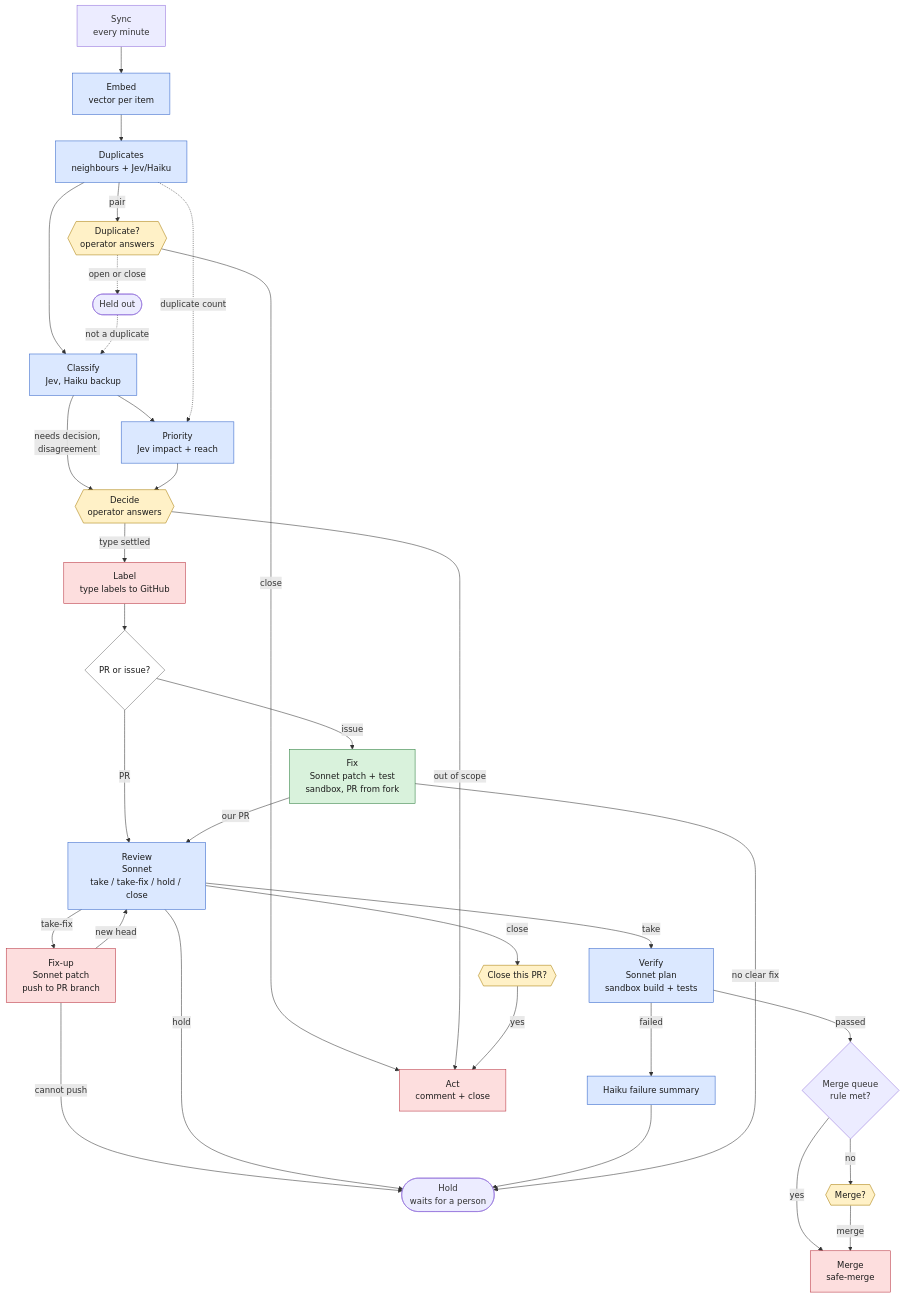
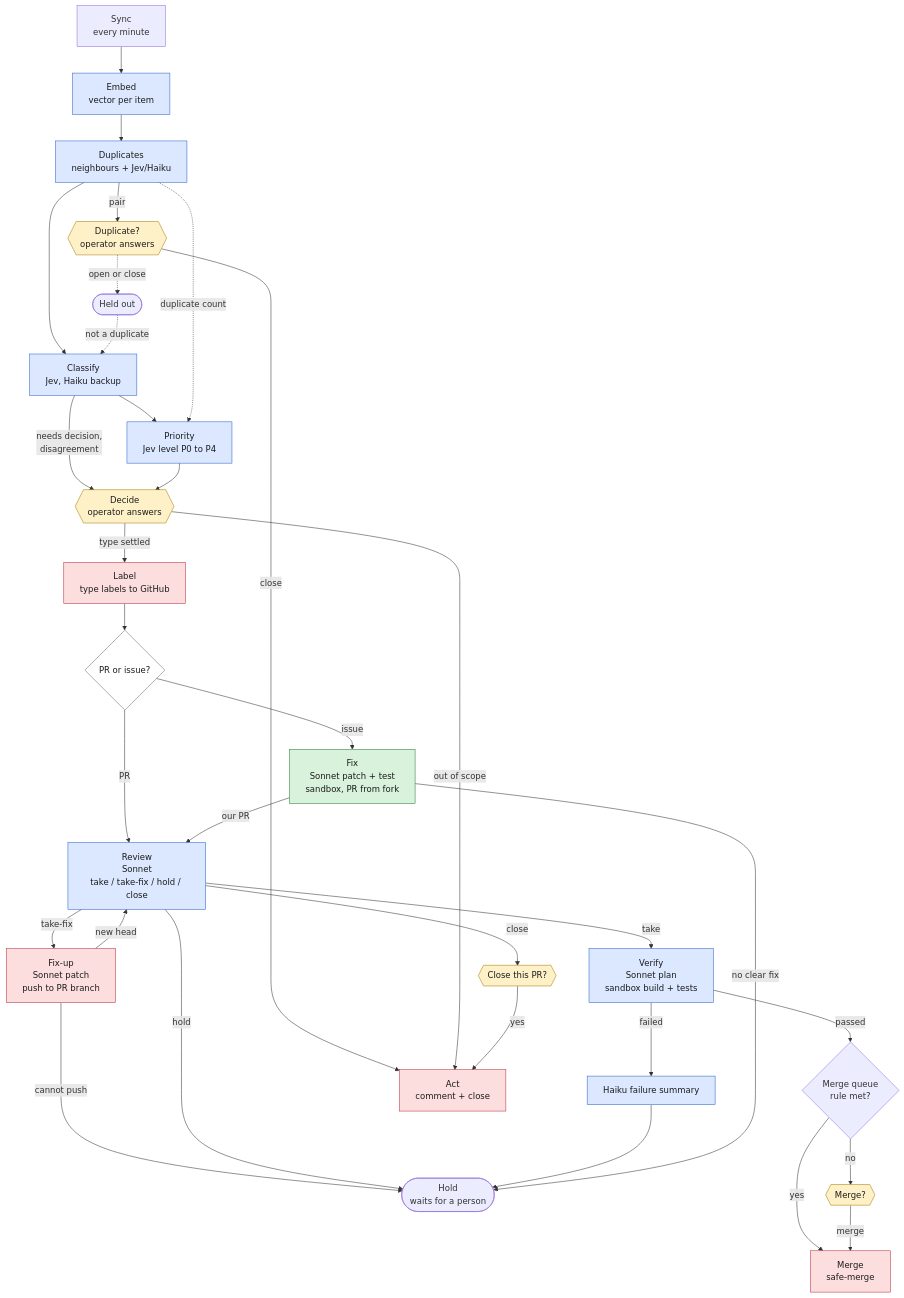
The diagram in docs/pipeline.md (IUCLabs/autocraft), drawn with Mermaid before and after one commit. The commit also changed other lines of this file and 18 other files, not shown here.

````diff
--- a/docs/pipeline.md
+++ b/docs/pipeline.md
@@ -9,63 +9,63 @@
 ```mermaid
 flowchart TD
   sync["Sync<br/>every minute"]
   embed["Embed<br/>vector per item"]
   dups["Duplicates<br/>neighbours + Jev/Haiku"]
   dupdec{{"Duplicate?<br/>operator answers"}}
   dupheld(["Held out"])
   classify["Classify<br/>Jev, Haiku backup"]
-  priority["Priority<br/>Jev impact + reach"]
+  priority["Priority<br/>Jev level P0 to P4"]
   decide{{"Decide<br/>operator answers"}}
   label["Label<br/>type labels to GitHub"]
   kind{"PR or issue?"}
   review["Review<br/>Sonnet<br/>take / take-fix / hold / close"]
   fixiss["Fix<br/>Sonnet patch + test<br/>sandbox, PR from fork"]
   fixup["Fix-up<br/>Sonnet patch<br/>push to PR branch"]
   closeq{{"Close this PR?"}}
   verify["Verify<br/>Sonnet plan<br/>sandbox build + tests"]
   vfail["Haiku failure summary"]
   hold(["Hold<br/>waits for a person"])
   queue{"Merge queue<br/>rule met?"}
   mergeq{{"Merge?"}}
   merge["Merge<br/>safe-merge"]
   act["Act<br/>comment + close"]
 
   sync --> embed --> dups --> classify --> priority
   dups -- "pair" --> dupdec
   dupdec -- "close" --> act
   dupdec -. "open or close" .-> dupheld
   dupheld -. "not a duplicate" .-> classify
   dups -. "duplicate count" .-> priority
   classify -- "needs decision,<br/>disagreement" --> decide
   priority --> decide
   decide -- "type settled" --> label
   decide -- "out of scope" --> act
   label --> kind
   kind -- "PR" --> review
   kind -- "issue" --> fixiss
   review -- "take-fix" --> fixup
   fixup -- "new head" --> review
   fixup -- "cannot push" --> hold
   review -- "hold" --> hold
   review -- "close" --> closeq
   closeq -- "yes" --> act
   review -- "take" --> verify
   verify -- "passed" --> queue
   verify -- "failed" --> vfail --> hold
   queue -- "yes" --> merge
   queue -- "no" --> mergeq
   mergeq -- "merge" --> merge
   fixiss -- "our PR" --> review
   fixiss -- "no clear fix" --> hold
 
   class decide,closeq,mergeq,dupdec person
   class embed,classify,priority,dups,review,verify,vfail model
   class fixup,label,act,merge write
   class fixiss sandbox
   class kind route
   classDef person fill:#fff1c7,stroke:#a87a00,color:#1c1c1c
   classDef model fill:#dbe8ff,stroke:#2f62c9,color:#1c1c1c
   classDef sandbox fill:#d9f2dc,stroke:#2a7d3a,color:#1c1c1c
   classDef write fill:#fddede,stroke:#b8323f,color:#1c1c1c
   classDef route fill:#ffffff,stroke:#6b6b6b,color:#1c1c1c
 ```
````
